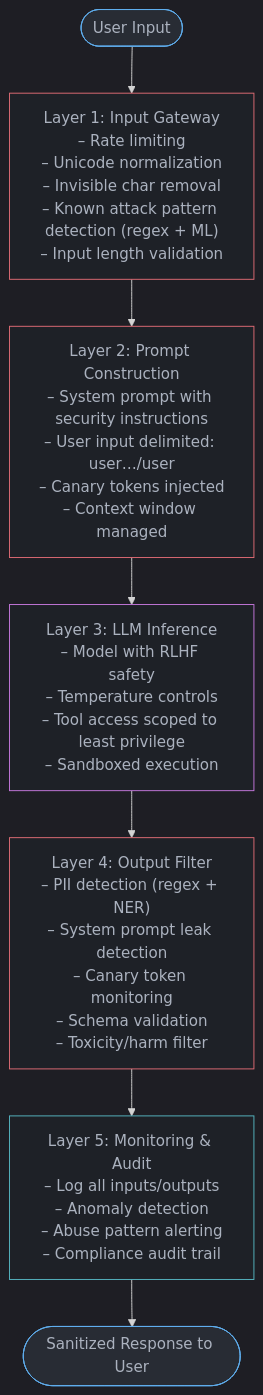
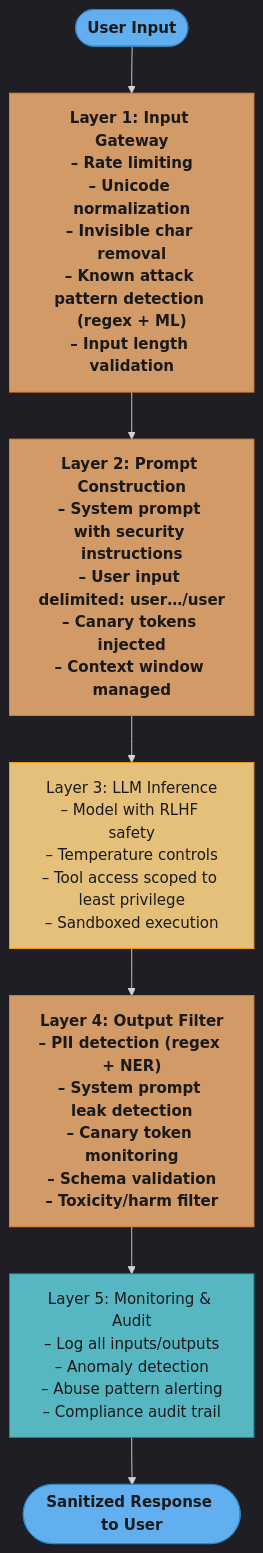
Before and after one commit to rppol/system-design: the first of 2 diagrams in src/main/java/com/rutik/systemdesign/llm/llm_security/README.md, drawn with Mermaid. The commit also changed other lines of this file and 88 other files, not shown here.

````diff
--- a/src/main/java/com/rutik/systemdesign/llm/llm_security/README.md
+++ b/src/main/java/com/rutik/systemdesign/llm/llm_security/README.md
@@ -219,21 +219,23 @@
 ```mermaid
 %%{init: {'flowchart': {'curve': 'basis'}, 'theme': 'dark'}}%%
 flowchart TD
+    classDef io      fill:#61afef,stroke:#2e86c1,color:#1a1a1a,font-weight:bold
+    classDef frozen  fill:#c678dd,stroke:#9b59b6,color:#fff
+    classDef train   fill:#98c379,stroke:#27ae60,color:#1a1a1a
+    classDef mathOp  fill:#d19a66,stroke:#e67e22,color:#1a1a1a,font-weight:bold
+    classDef lossN   fill:#e06c75,stroke:#c0392b,color:#fff,font-weight:bold
+    classDef req     fill:#56b6c2,stroke:#0097a7,color:#1a1a1a
+    classDef base    fill:#e5c07b,stroke:#f39c12,color:#1a1a1a
+
     Input([User Input]) --> L1
     L1["Layer 1: Input Gateway\n– Rate limiting\n– Unicode normalization\n– Invisible char removal\n– Known attack pattern detection (regex + ML)\n– Input length validation"] --> L2
     L2["Layer 2: Prompt Construction\n– System prompt with security instructions\n– User input delimited: user…/user\n– Canary tokens injected\n– Context window managed"] --> L3
     L3["Layer 3: LLM Inference\n– Model with RLHF safety\n– Temperature controls\n– Tool access scoped to least privilege\n– Sandboxed execution"] --> L4
     L4["Layer 4: Output Filter\n– PII detection (regex + NER)\n– System prompt leak detection\n– Canary token monitoring\n– Schema validation\n– Toxicity/harm filter"] --> L5
     L5["Layer 5: Monitoring & Audit\n– Log all inputs/outputs\n– Anomaly detection\n– Abuse pattern alerting\n– Compliance audit trail"] --> Out([Sanitized Response to User])
 
-    classDef io     fill:#282c34,stroke:#61afef,color:#abb2bf
-    classDef proc   fill:#1e2127,stroke:#98c379,color:#abb2bf
-    classDef llm    fill:#1e2127,stroke:#c678dd,color:#abb2bf
-    classDef store  fill:#1e2127,stroke:#56b6c2,color:#abb2bf
-    classDef warn   fill:#1e2127,stroke:#e06c75,color:#abb2bf
-
     class Input,Out io
-    class L1,L2,L4 warn
-    class L3 llm
-    class L5 store
+    class L1,L2,L4 mathOp
+    class L3 base
+    class L5 req
 ```
````
